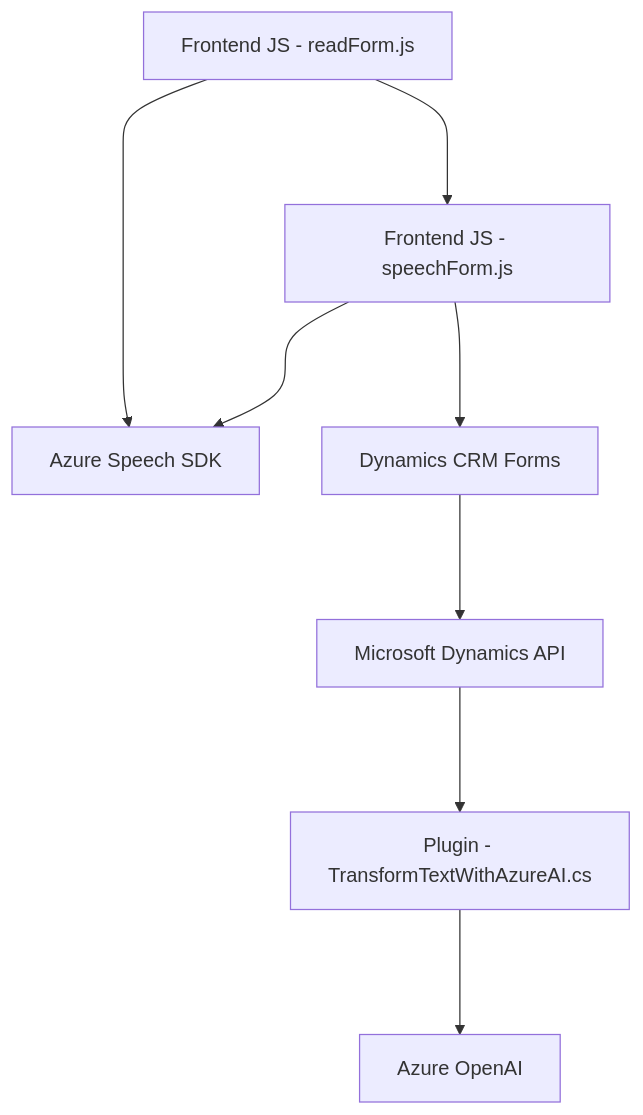
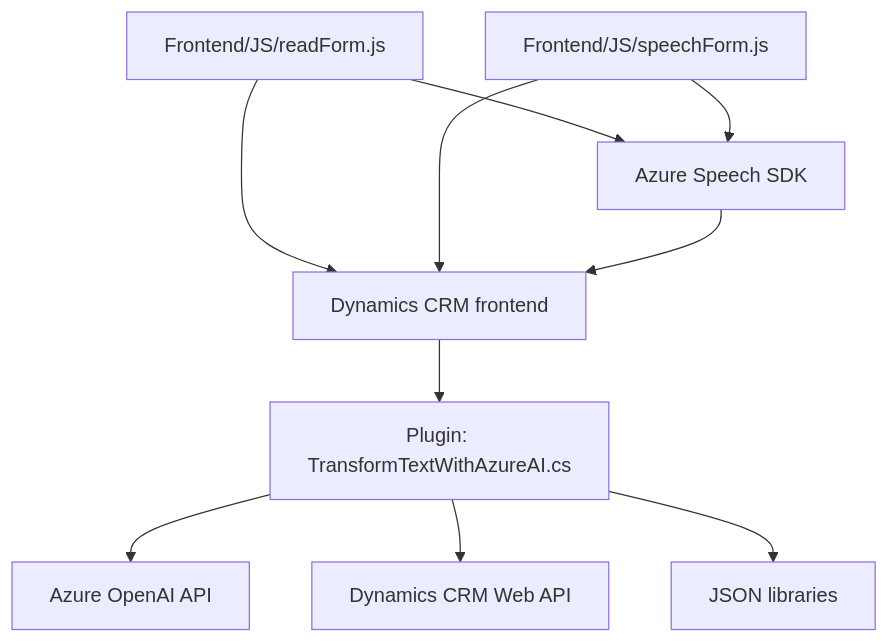
One commit to blopezdm/NETCORE_BILBAO2025 changed the diagram in README.md. Above: the diagram before and after it, drawn with Mermaid. The commit also changed other lines of this file, not shown here.

````diff
--- a/README.md
+++ b/README.md
@@ -36,10 +28,15 @@
 ```mermaid
 graph TD
-    A["Frontend JS - readForm.js"] ---> B["Frontend JS - speechForm.js"]
-    B["Frontend JS - speechForm.js"] ---> C["Azure Speech SDK"]
-    A ---> C
-    B ---> D["Dynamics CRM Forms"]
-    D ---> E["Microsoft Dynamics API"]
-    E ---> F["Plugin - TransformTextWithAzureAI.cs"]
-    F ---> G["Azure OpenAI"]
+    A["Frontend/JS/readForm.js"] --> B["Azure Speech SDK"]
+    A --> C["Dynamics CRM frontend"]
+
+    D["Frontend/JS/speechForm.js"] --> B
+    D --> C
+
+    E["Plugin: TransformTextWithAzureAI.cs"] --> F["Azure OpenAI API"]
+    E --> G["Dynamics CRM Web API"]
+    E --> H["JSON libraries"]
+
+    C --> E
+    B --> C
 ```
````
